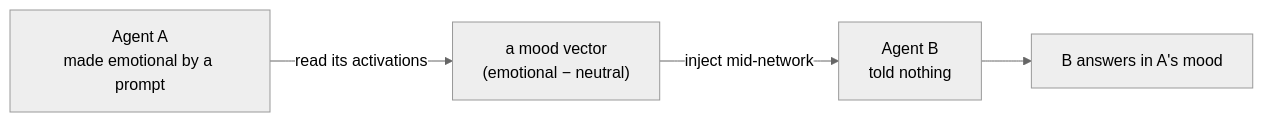
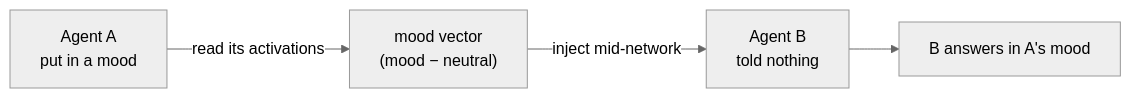
One commit to moudrkat/steeropathy changed the diagram in README.md. Above: the diagram before and after it, drawn with Mermaid (neutral theme). The commit also changed other lines of this file and 4 other files, not shown here.

````diff
--- a/README.md
+++ b/README.md
@@ -35,6 +32,6 @@
 ```mermaid
 flowchart LR
-  A["Agent A<br/>made emotional by a prompt"] -->|read its activations| V["a mood vector<br/>(emotional − neutral)"]
+  A["Agent A<br/>put in a mood"] -->|read its activations| V["mood vector<br/>(mood − neutral)"]
   V -->|inject mid-network| B["Agent B<br/>told nothing"]
   B --> O["B answers in A's mood"]
 ```
````
